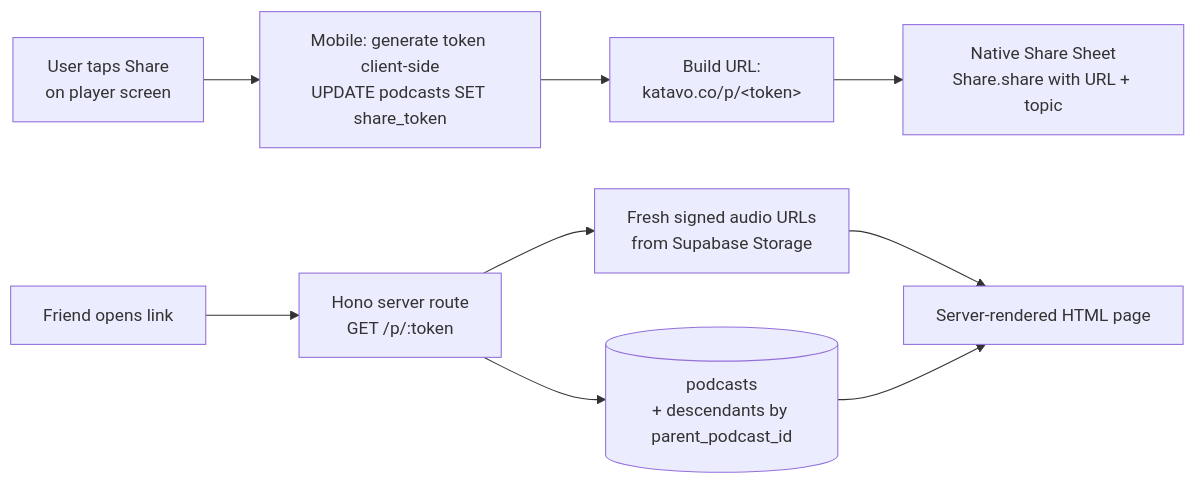
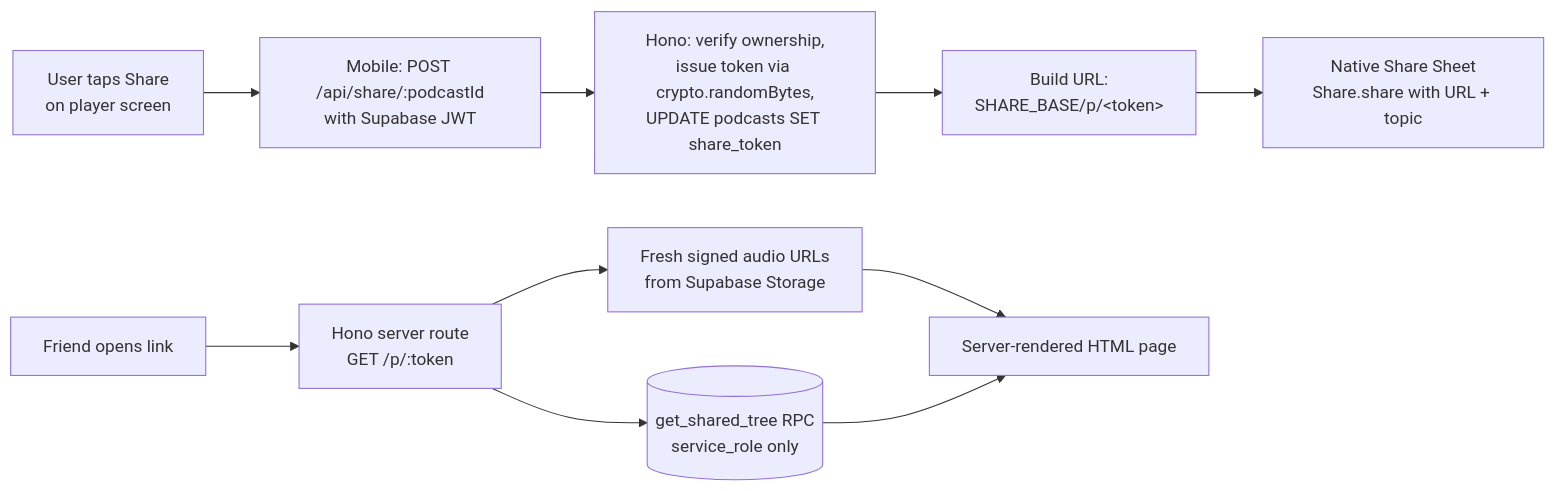
Before and after one commit to IsuruDR/katavo: the diagram in docs/superpowers/specs/2026-05-14-podcast-sharing-design.md, drawn with Mermaid. The commit also changed other lines of this file, not shown here.

````diff
--- a/docs/superpowers/specs/2026-05-14-podcast-sharing-design.md
+++ b/docs/superpowers/specs/2026-05-14-podcast-sharing-design.md
@@ -46,19 +90,20 @@
 ```mermaid
 flowchart LR
   user[User taps Share<br/>on player screen]
-  mob[Mobile: generate token client-side<br/>UPDATE podcasts SET share_token]
-  url[Build URL:<br/>katavo.co/p/&lt;token&gt;]
+  endpoint[Mobile: POST /api/share/:podcastId<br/>with Supabase JWT]
+  server[Hono: verify ownership,<br/>issue token via crypto.randomBytes,<br/>UPDATE podcasts SET share_token]
+  url[Build URL:<br/>SHARE_BASE/p/&lt;token&gt;]
   sheet[Native Share Sheet<br/>Share.share with URL + topic]
   friend[Friend opens link]
   hono[Hono server route<br/>GET /p/:token]
-  db[(podcasts<br/>+ descendants by parent_podcast_id)]
+  rpc[(get_shared_tree RPC<br/>service_role only)]
   html[Server-rendered HTML page]
   audio[Fresh signed audio URLs<br/>from Supabase Storage]
 
-  user --> mob --> url --> sheet
+  user --> endpoint --> server --> url --> sheet
   friend --> hono
-  hono --> db
+  hono --> rpc
   hono --> audio
   audio --> html
-  db --> html
+  rpc --> html
 ```
````
